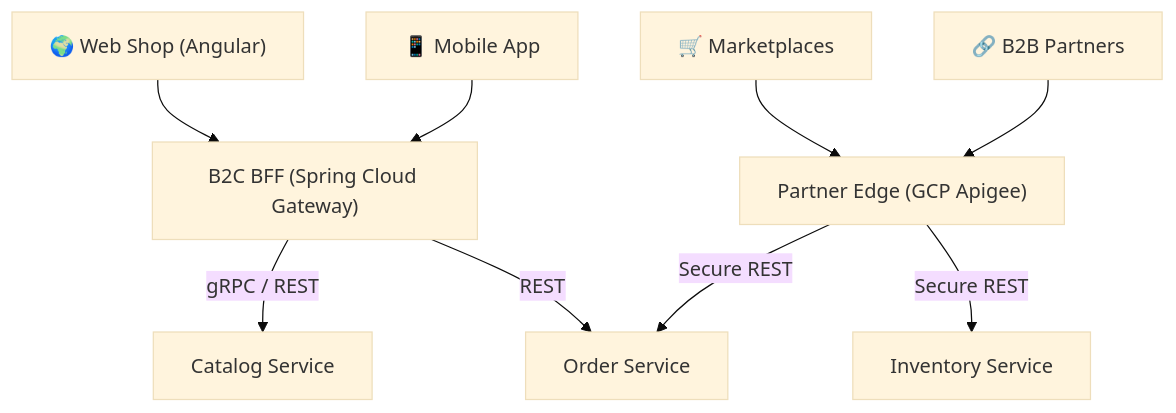
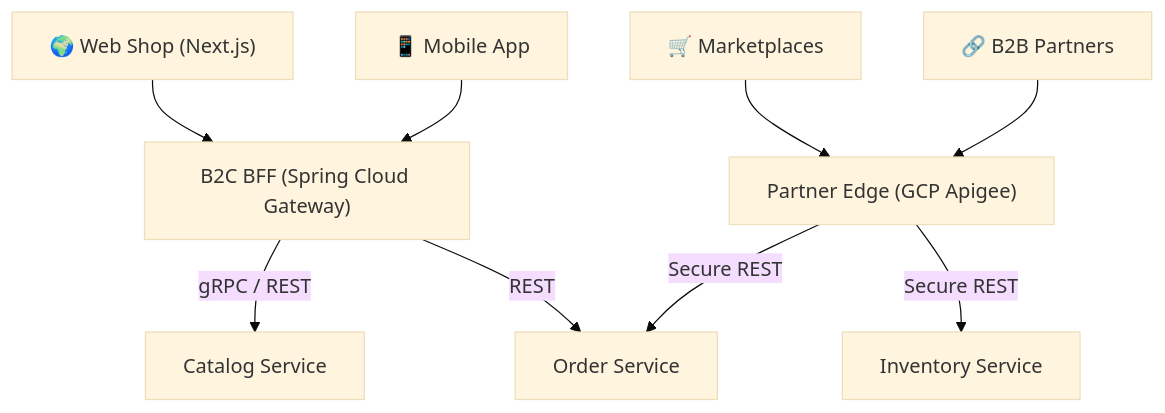
The second of 2 diagrams in doc/architecture.md (drapic88/abysalto-webshop), drawn with Mermaid (base theme) before and after one commit. The commit also changed other lines of this file and 1 other file, not shown here.

Commit message:
Replace Next.js instead of Angular

````diff
--- a/doc/architecture.md
+++ b/doc/architecture.md
@@ -133,16 +133,16 @@
 ```mermaid
 graph TD
     %% Sales Channels
-    Web["🌍 Web Shop (Angular)"] --> BFF["B2C BFF (Spring Cloud Gateway)"]
+    Web["🌍 Web Shop (Next.js)"] --> BFF["B2C BFF (Spring Cloud Gateway)"]
     Mobile["📱 Mobile App"] --> BFF
     
     Market["🛒 Marketplaces"] --> Apigee["Partner Edge (GCP Apigee)"]
     B2B["🔗 B2B Partners"] --> Apigee
 
     %% Gateways to Services
     BFF -->|gRPC / REST| Catalog["Catalog Service"]
     BFF -->|REST| Order["Order Service"]
     
     Apigee -->|Secure REST| Order
     Apigee -->|Secure REST| Inventory["Inventory Service"]
 ```
````
